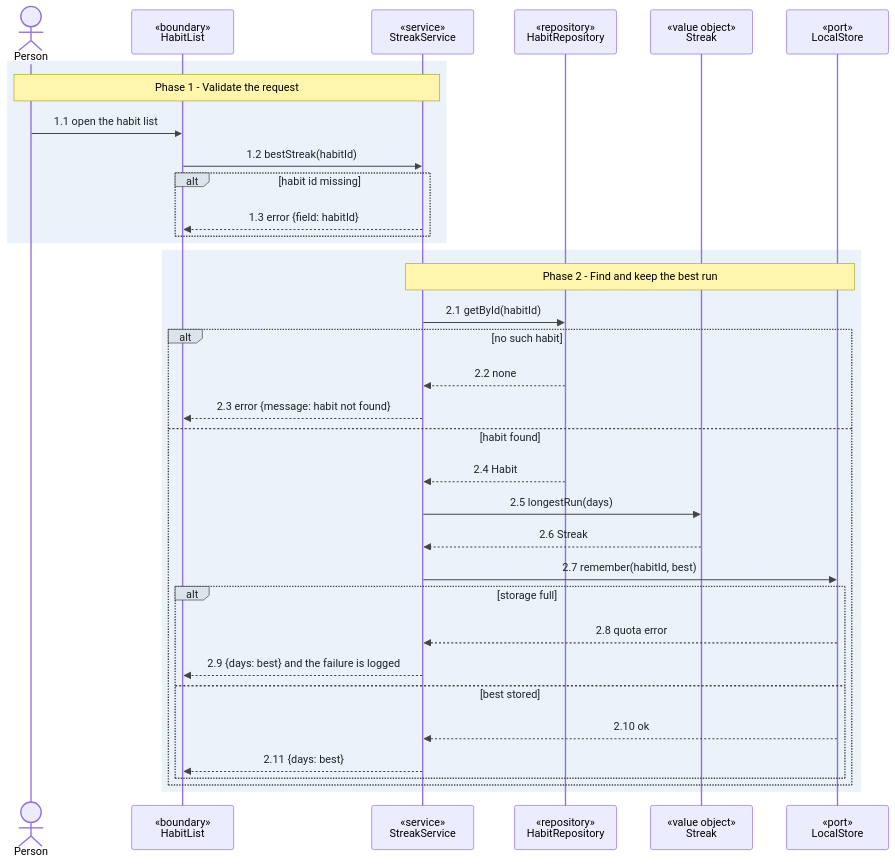
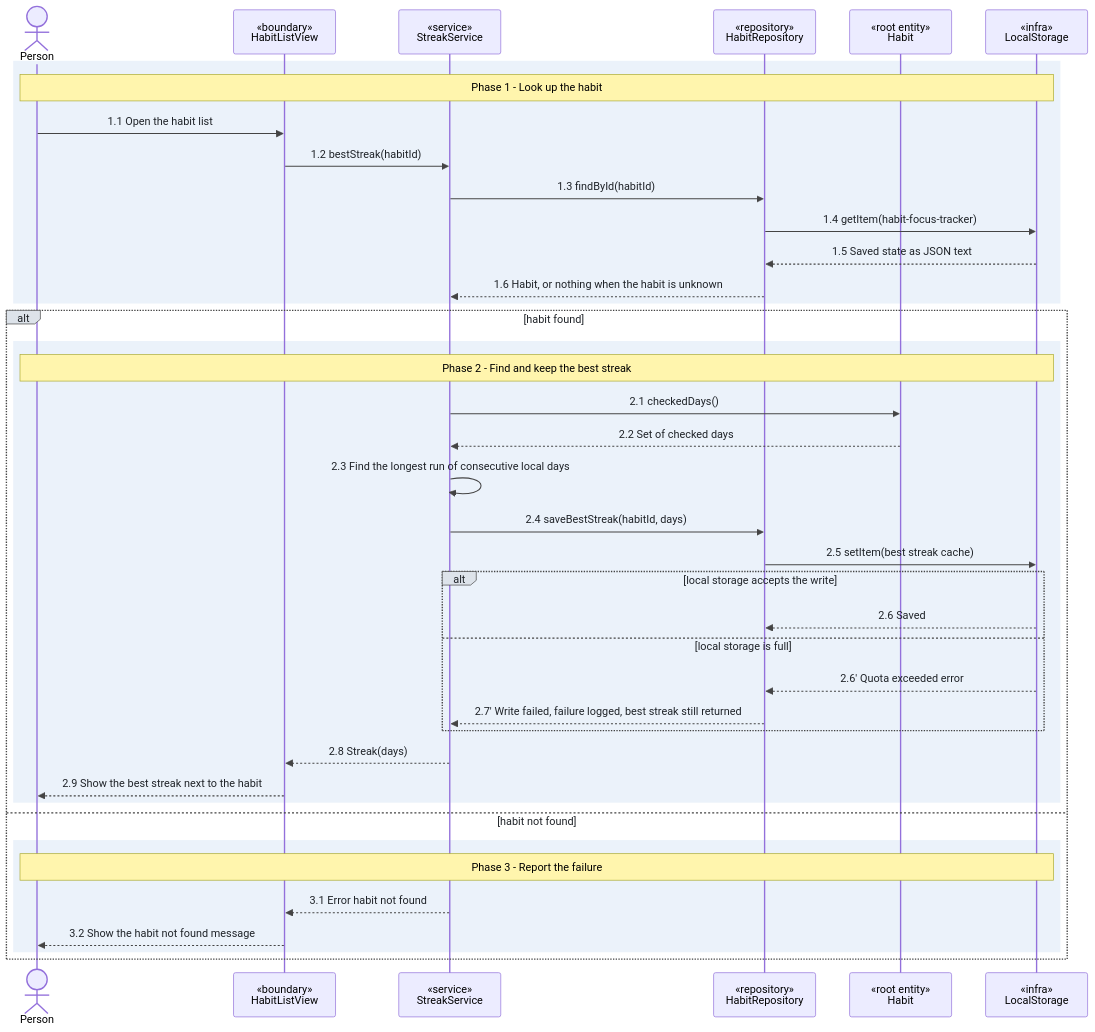
The third of 3 diagrams in toolkit/sample/story-to-code/stages/planned/.plans/habits/slices/streaks/UC-streaks.md (joisse1101/the-toolbox), drawn with Mermaid before and after one commit. The commit also changed other lines of this file and 24 other files, not shown here.

First line of the commit message:
feat(toolkit): record a real walk of the story-to-code flow

````diff
--- a/toolkit/sample/story-to-code/stages/planned/.plans/habits/slices/streaks/UC-streaks.md
+++ b/toolkit/sample/story-to-code/stages/planned/.plans/habits/slices/streaks/UC-streaks.md
@@ -174,40 +139,43 @@
 ```mermaid
 %%{init: {'themeVariables': {'signalTextColor':'#1f2328','labelTextColor':'#1f2328','loopTextColor':'#1f2328','signalColor':'#444','labelBoxBkgColor':'#dde3ea','labelBoxBorderColor':'#444'}}}%%
 sequenceDiagram
-  actor U as Person
-  participant LIST as «boundary»<br/>HabitList
-  participant SVC as «service»<br/>StreakService
-  participant REPO as «repository»<br/>HabitRepository
-  participant RUN as «value object»<br/>Streak
-  participant STORE as «port»<br/>LocalStore
-
+  actor P as Person
+  participant V as «boundary»<br/>HabitListView
+  participant S as «service»<br/>StreakService
+  participant R as «repository»<br/>HabitRepository
+  participant H as «root entity»<br/>Habit
+  participant L as «infra»<br/>LocalStorage
   rect rgb(235, 242, 250)
-    Note over U,SVC: Phase 1 - Validate the request
-    U->>LIST: 1.1 open the habit list
-    LIST->>SVC: 1.2 bestStreak(habitId)
-    alt habit id missing
-      SVC-->>LIST: 1.3 error {field: habitId}
+    Note over P,L: Phase 1 - Look up the habit
+    P->>V: 1.1 Open the habit list
+    V->>S: 1.2 bestStreak(habitId)
+    S->>R: 1.3 findById(habitId)
+    R->>L: 1.4 getItem(habit-focus-tracker)
+    L-->>R: 1.5 Saved state as JSON text
+    R-->>S: 1.6 Habit, or nothing when the habit is unknown
+  end
+  alt habit found
+    rect rgb(235, 242, 250)
+      Note over P,L: Phase 2 - Find and keep the best streak
+      S->>H: 2.1 checkedDays()
+      H-->>S: 2.2 Set of checked days
+      S->>S: 2.3 Find the longest run of consecutive local days
+      S->>R: 2.4 saveBestStreak(habitId, days)
+      R->>L: 2.5 setItem(best streak cache)
+      alt local storage accepts the write
+        L-->>R: 2.6 Saved
+      else local storage is full
+        L-->>R: 2.6' Quota exceeded error
+        R-->>S: 2.7' Write failed, failure logged, best streak still returned
+      end
+      S-->>V: 2.8 Streak(days)
+      V-->>P: 2.9 Show the best streak next to the habit
     end
-  end
-
-  rect rgb(235, 242, 250)
-    Note over SVC,STORE: Phase 2 - Find and keep the best run
-    SVC->>REPO: 2.1 getById(habitId)
-    alt no such habit
-      REPO-->>SVC: 2.2 none
-      SVC-->>LIST: 2.3 error {message: habit not found}
-    else habit found
-      REPO-->>SVC: 2.4 Habit
-      SVC->>RUN: 2.5 longestRun(days)
-      RUN-->>SVC: 2.6 Streak
-      SVC->>STORE: 2.7 remember(habitId, best)
-      alt storage full
-        STORE-->>SVC: 2.8 quota error
-        SVC-->>LIST: 2.9 {days: best} and the failure is logged
-      else best stored
-        STORE-->>SVC: 2.10 ok
-        SVC-->>LIST: 2.11 {days: best}
-      end
+  else habit not found
+    rect rgb(235, 242, 250)
+      Note over P,L: Phase 3 - Report the failure
+      S-->>V: 3.1 Error habit not found
+      V-->>P: 3.2 Show the habit not found message
     end
   end
 ```
````
